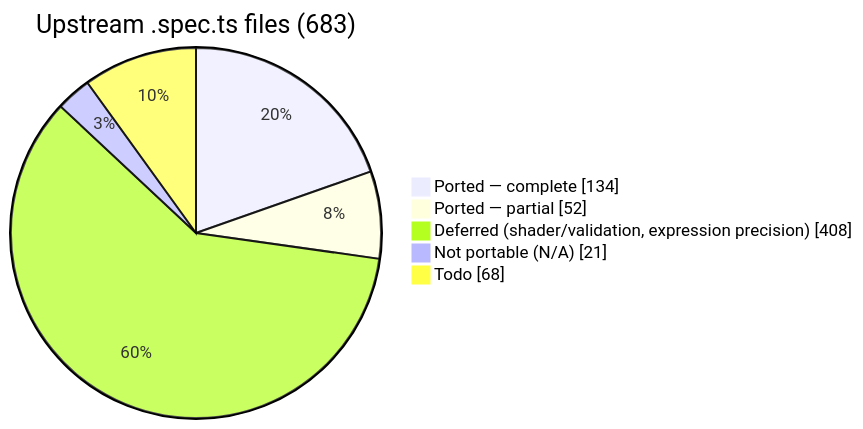
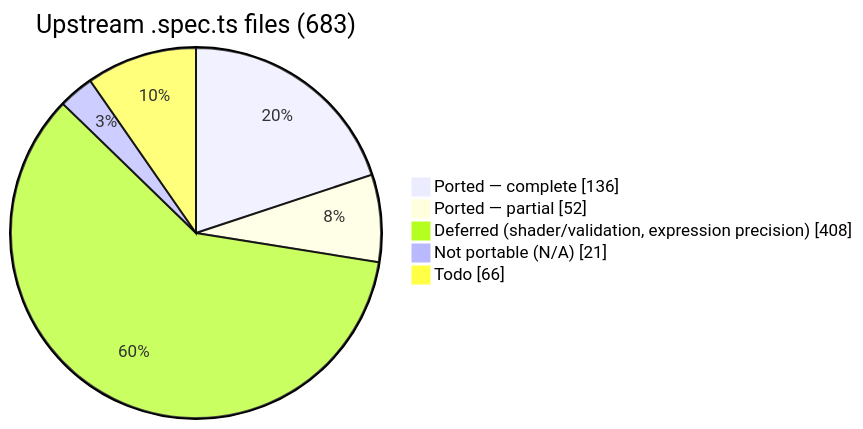
The first of 2 diagrams in README.md (infosia/webgpu-native-cts), drawn with Mermaid before and after one commit. The commit also changed other lines of this file and 5 other files, not shown here.

````diff
--- a/README.md
+++ b/README.md
@@ -94,9 +94,9 @@
 ```mermaid
 pie showData
     title Upstream .spec.ts files (683)
-    "Ported — complete" : 134
+    "Ported — complete" : 136
     "Ported — partial" : 52
     "Deferred (shader/validation, expression precision)" : 408
     "Not portable (N/A)" : 21
-    "Todo" : 68
+    "Todo" : 66
 ```
````
